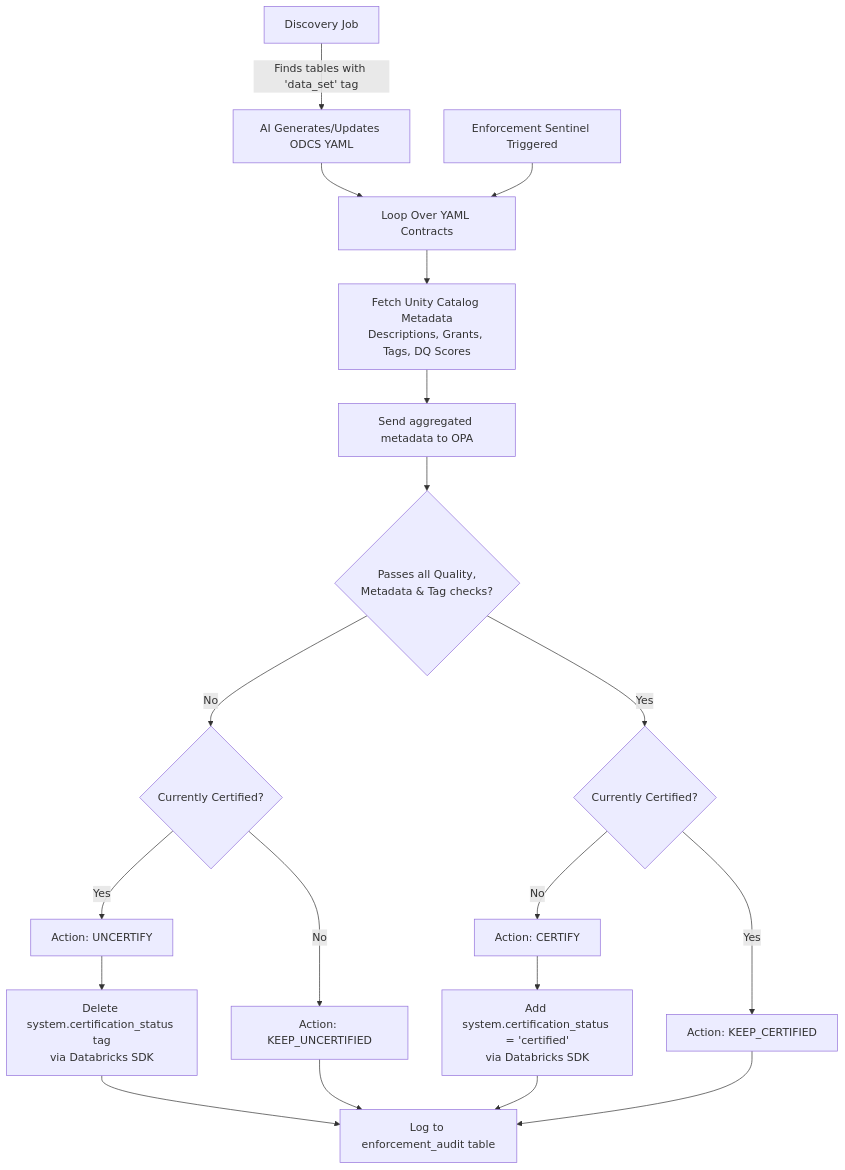
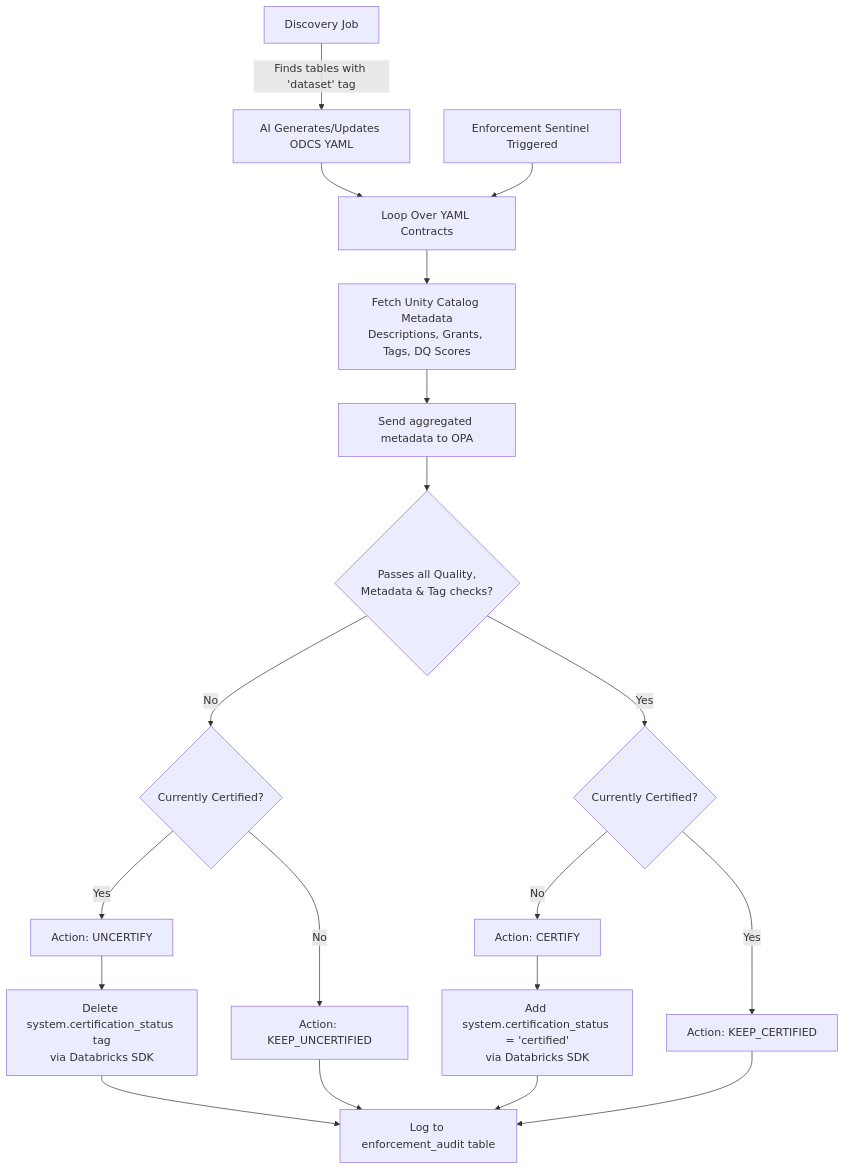
The diagram in docs/GOVERNANCE.md (TaylorAHanson/ssc), drawn with Mermaid before and after one commit. The commit also changed other lines of this file and 3 other files, not shown here.

Commit message:
Update tag references from 'data_set' to 'dataset' in data contracts, policy, and documentation for consistency.

````diff
--- a/docs/GOVERNANCE.md
+++ b/docs/GOVERNANCE.md
@@ -72,28 +72,28 @@
 ```mermaid
 flowchart TD
-    Z[Discovery Job] -->|Finds tables with 'data_set' tag| Y[AI Generates/Updates ODCS YAML]
+    Z[Discovery Job] -->|Finds tables with 'dataset' tag| Y[AI Generates/Updates ODCS YAML]
     Y --> C
     A[Enforcement Sentinel Triggered] --> C[Loop Over YAML Contracts]
     
     C --> F[Fetch Unity Catalog Metadata<br>Descriptions, Grants, Tags, DQ Scores]
     
     F --> H[Send aggregated metadata to OPA]
     
     H --> L{Passes all Quality,<br>Metadata & Tag checks?}
     
     L -- No --> M{Currently Certified?}
     M -- Yes --> M1[Action: UNCERTIFY]
     M -- No --> M2[Action: KEEP_UNCERTIFIED]
     
     L -- Yes --> N{Currently Certified?}
     N -- No --> N1[Action: CERTIFY]
     N -- Yes --> N2[Action: KEEP_CERTIFIED]
     
     M1 --> P[Delete system.certification_status tag<br>via Databricks SDK]
     N1 --> Q[Add system.certification_status = 'certified'<br>via Databricks SDK]
     
     M2 --> O[Log to enforcement_audit table]
     N2 --> O
     P --> O
     Q --> O
 ```
````
